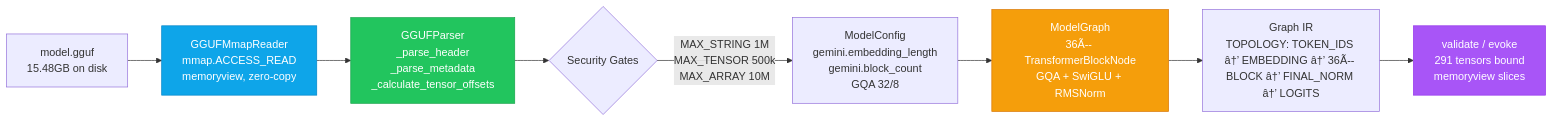
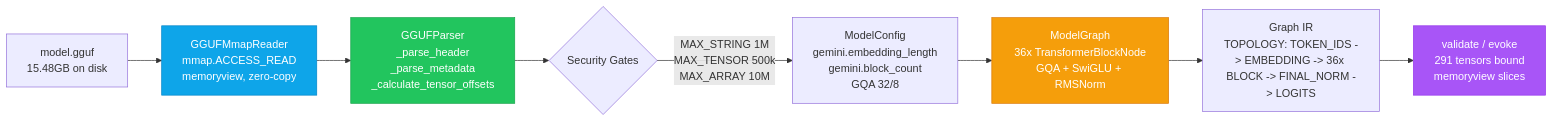
Before and after one commit to SNAPKITTYWEST/sovereign-gemini-gguf: the first of 2 diagrams in README.md, drawn with Mermaid. The commit also changed other lines of this file, not shown here.

Commit message:
Fix README mermaid: escape | in GQA node (Q 4096->4096, K/V 4096->1024), pure ASCII, UTF-8 no BOM

````diff
--- a/README.md
+++ b/README.md
@@ -31,15 +31,15 @@
 ```mermaid
 flowchart LR
-    A[model.gguf<br/>15.48GB on disk] --> B[GGUFMmapReader<br/>mmap.ACCESS_READ<br/>memoryview, zero-copy]
-    B --> C[GGUFParser<br/>_parse_header<br/>_parse_metadata<br/>_calculate_tensor_offsets]
-    C --> D{Security Gates}
-    D -->|MAX_STRING 1M<br/>MAX_TENSOR 500k<br/>MAX_ARRAY 10M| E[ModelConfig<br/>gemini.embedding_length<br/>gemini.block_count<br/>GQA 32/8]
-    E --> F[ModelGraph<br/>36Ã-- TransformerBlockNode<br/>GQA + SwiGLU + RMSNorm]
-    F --> G[Graph IR<br/>TOPOLOGY: TOKEN_IDS â†’ EMBEDDING â†’ 36Ã-- BLOCK â†’ FINAL_NORM â†’ LOGITS]
-    G --> H[validate / evoke<br/>291 tensors bound<br/>memoryview slices]
+    A["model.gguf<br/>15.48GB on disk"] --> B["GGUFMmapReader<br/>mmap.ACCESS_READ<br/>memoryview, zero-copy"]
+    B --> C["GGUFParser<br/>_parse_header<br/>_parse_metadata<br/>_calculate_tensor_offsets"]
+    C --> D{"Security Gates"}
+    D -->|"MAX_STRING 1M<br/>MAX_TENSOR 500k<br/>MAX_ARRAY 10M"| E["ModelConfig<br/>gemini.embedding_length<br/>gemini.block_count<br/>GQA 32/8"]
+    E --> F["ModelGraph<br/>36x TransformerBlockNode<br/>GQA + SwiGLU + RMSNorm"]
+    F --> G["Graph IR<br/>TOPOLOGY: TOKEN_IDS -> EMBEDDING -> 36x BLOCK -> FINAL_NORM -> LOGITS"]
+    G --> H["validate / evoke<br/>291 tensors bound<br/>memoryview slices"]
 
     style B fill:#0ea5e9,stroke:#0284c7,color:#fff
     style C fill:#22c55e,stroke:#16a34a,color:#fff
     style F fill:#f59e0b,stroke:#d97706,color:#fff
     style H fill:#a855f7,stroke:#9333ea,color:#fff
 ```
````
